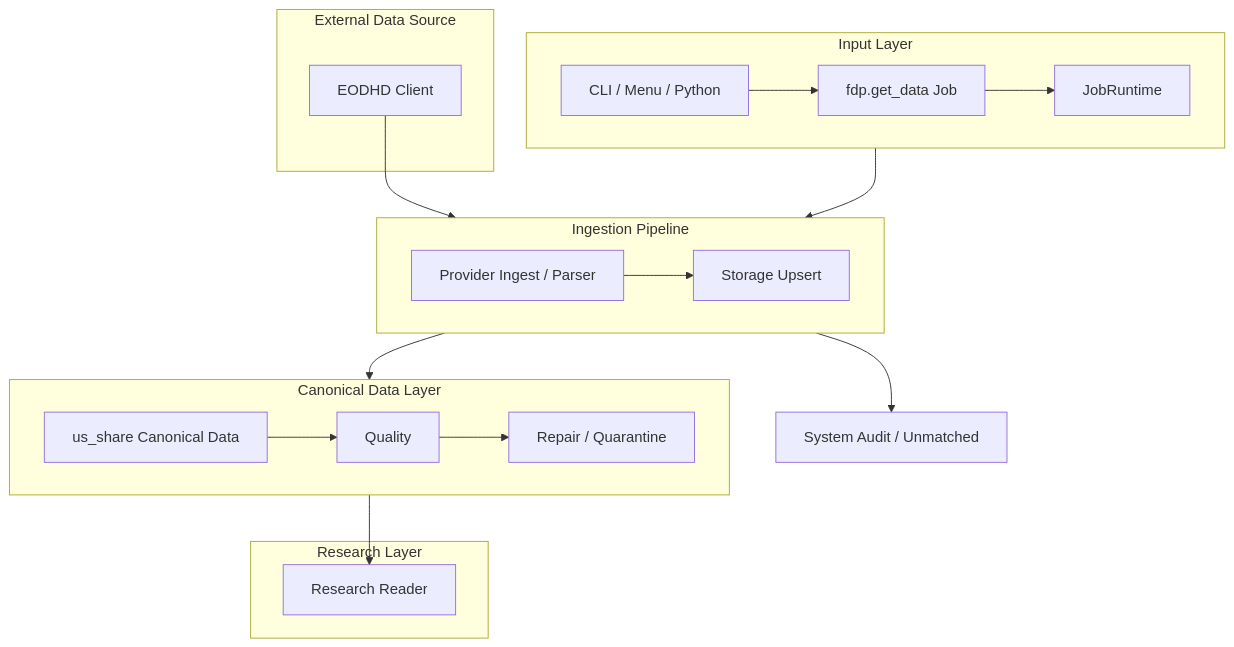
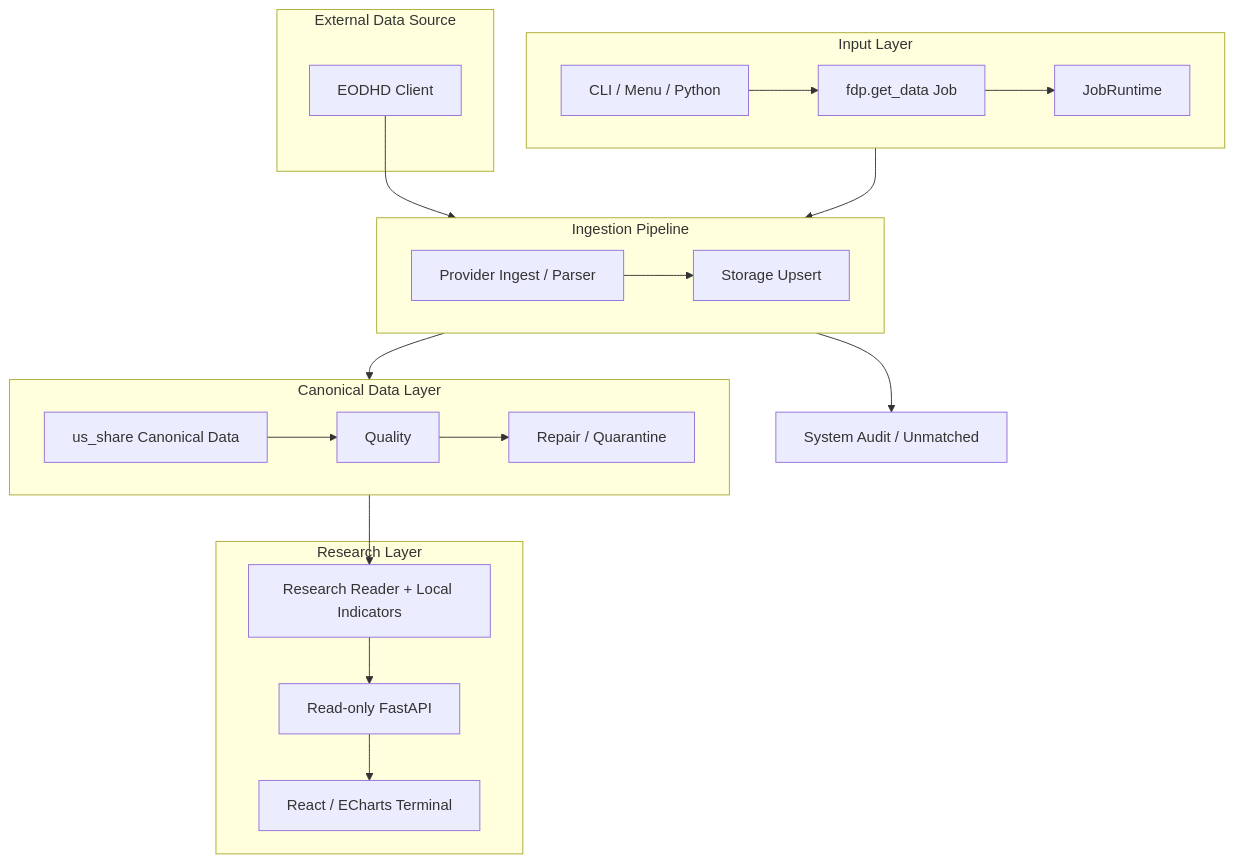
One commit to jay-den-21/Meridian-J21-quant-terminal changed the first of 5 diagrams in database_system_cli/docs/architecture.md. Above: the diagram before and after it, drawn with Mermaid. The commit also changed other lines of this file and 7 other files, not shown here.

````diff
--- a/database_system_cli/docs/architecture.md
+++ b/database_system_cli/docs/architecture.md
@@ -49,33 +50,36 @@
 ```mermaid
 flowchart TB
     subgraph Input["Input Layer"]
         direction LR
         A["CLI / Menu / Python"] --> B["fdp.get_data Job"]
         B --> C["JobRuntime"]
     end
 
     subgraph Source["External Data Source"]
         D["EODHD Client"]
     end
 
     subgraph Pipeline["Ingestion Pipeline"]
         direction LR
         C --> E["Provider Ingest / Parser"]
         D --> E
         E --> F["Storage Upsert"]
     end
 
     subgraph Core["Canonical Data Layer"]
         direction LR
         F --> G["us_share Canonical Data"]
         G --> I["Quality"]
         I --> J["Repair / Quarantine"]
     end
 
     subgraph Research["Research Layer"]
-        K["Research Reader"]
+        K["Research Reader + Local Indicators"]
+        L["Read-only FastAPI"]
+        M["React / ECharts Terminal"]
     end
 
     E --> H["System Audit / Unmatched"]
     G --> K
+    K --> L --> M
 ```
````
